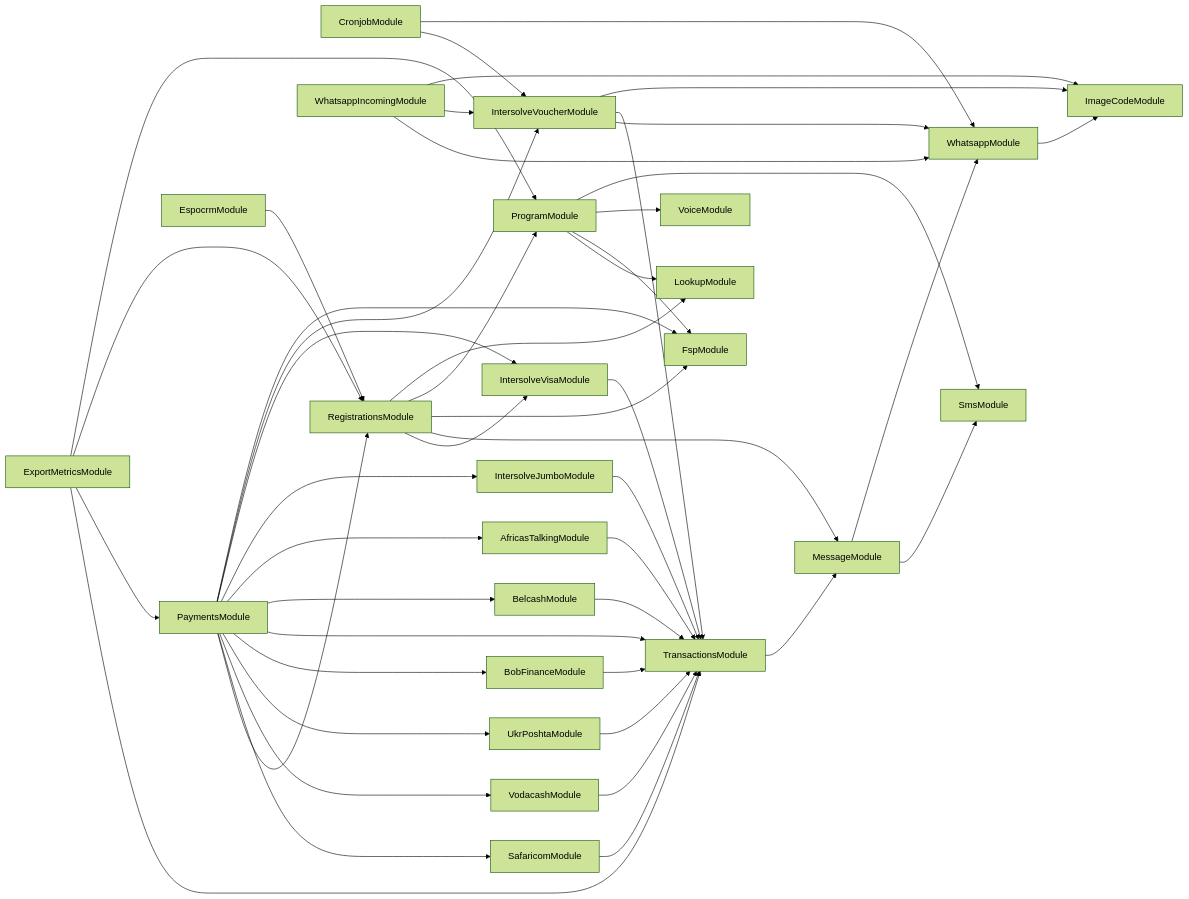
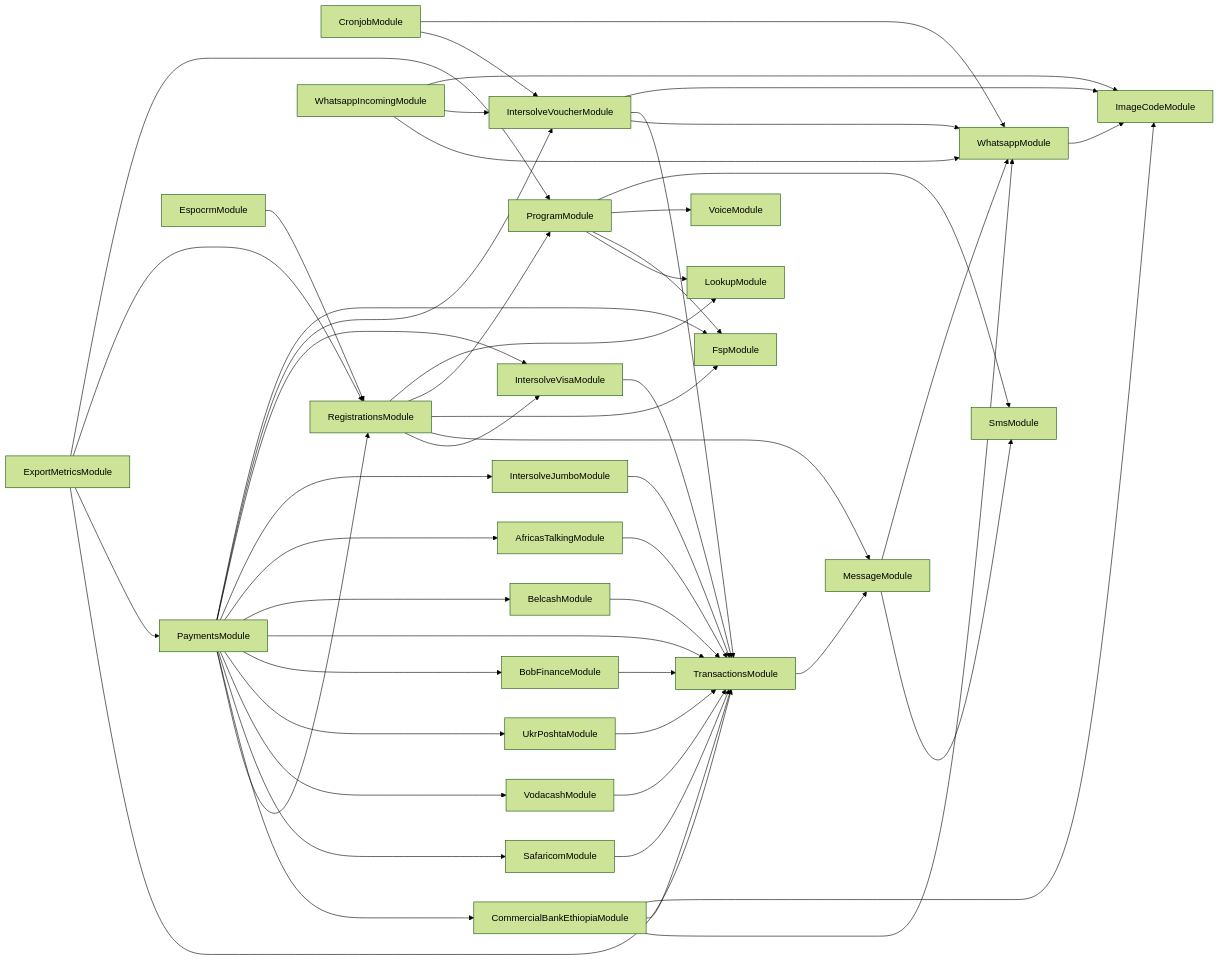
One commit to global-121/121-platform changed the diagram in services/121-service/module-dependencies.md. Above: the diagram before and after it, drawn with Mermaid (forest theme). The commit also changed 21 other files, not shown here.

Commit message:
feat: create commercial bank of ethiopia service

````diff
--- a/services/121-service/module-dependencies.md
+++ b/services/121-service/module-dependencies.md
@@ -3,49 +3,53 @@
 ```mermaid
 graph LR
   ProgramModule-->SmsModule
   ProgramModule-->VoiceModule
   ProgramModule-->FspModule
   ProgramModule-->LookupModule
   CronjobModule-->WhatsappModule
   WhatsappModule-->ImageCodeModule
   CronjobModule-->IntersolveVoucherModule
   IntersolveVoucherModule-->ImageCodeModule
   IntersolveVoucherModule-->TransactionsModule
   TransactionsModule-->MessageModule
   MessageModule-->WhatsappModule
   MessageModule-->SmsModule
   IntersolveVoucherModule-->WhatsappModule
   RegistrationsModule-->LookupModule
   RegistrationsModule-->ProgramModule
   RegistrationsModule-->FspModule
   RegistrationsModule-->MessageModule
   RegistrationsModule-->IntersolveVisaModule
   IntersolveVisaModule-->TransactionsModule
   ExportMetricsModule-->ProgramModule
   ExportMetricsModule-->RegistrationsModule
   ExportMetricsModule-->PaymentsModule
   PaymentsModule-->FspModule
   PaymentsModule-->IntersolveVoucherModule
   PaymentsModule-->IntersolveVisaModule
   PaymentsModule-->IntersolveJumboModule
   IntersolveJumboModule-->TransactionsModule
   PaymentsModule-->AfricasTalkingModule
   AfricasTalkingModule-->TransactionsModule
   PaymentsModule-->BelcashModule
   BelcashModule-->TransactionsModule
   PaymentsModule-->TransactionsModule
   PaymentsModule-->BobFinanceModule
   BobFinanceModule-->TransactionsModule
   PaymentsModule-->UkrPoshtaModule
   UkrPoshtaModule-->TransactionsModule
   PaymentsModule-->VodacashModule
   VodacashModule-->TransactionsModule
   PaymentsModule-->SafaricomModule
   SafaricomModule-->TransactionsModule
+  PaymentsModule-->CommercialBankEthiopiaModule
+  CommercialBankEthiopiaModule-->ImageCodeModule
+  CommercialBankEthiopiaModule-->TransactionsModule
+  CommercialBankEthiopiaModule-->WhatsappModule
   PaymentsModule-->RegistrationsModule
   ExportMetricsModule-->TransactionsModule
   WhatsappIncomingModule-->ImageCodeModule
   WhatsappIncomingModule-->IntersolveVoucherModule
   WhatsappIncomingModule-->WhatsappModule
   EspocrmModule-->RegistrationsModule
 ```
````
